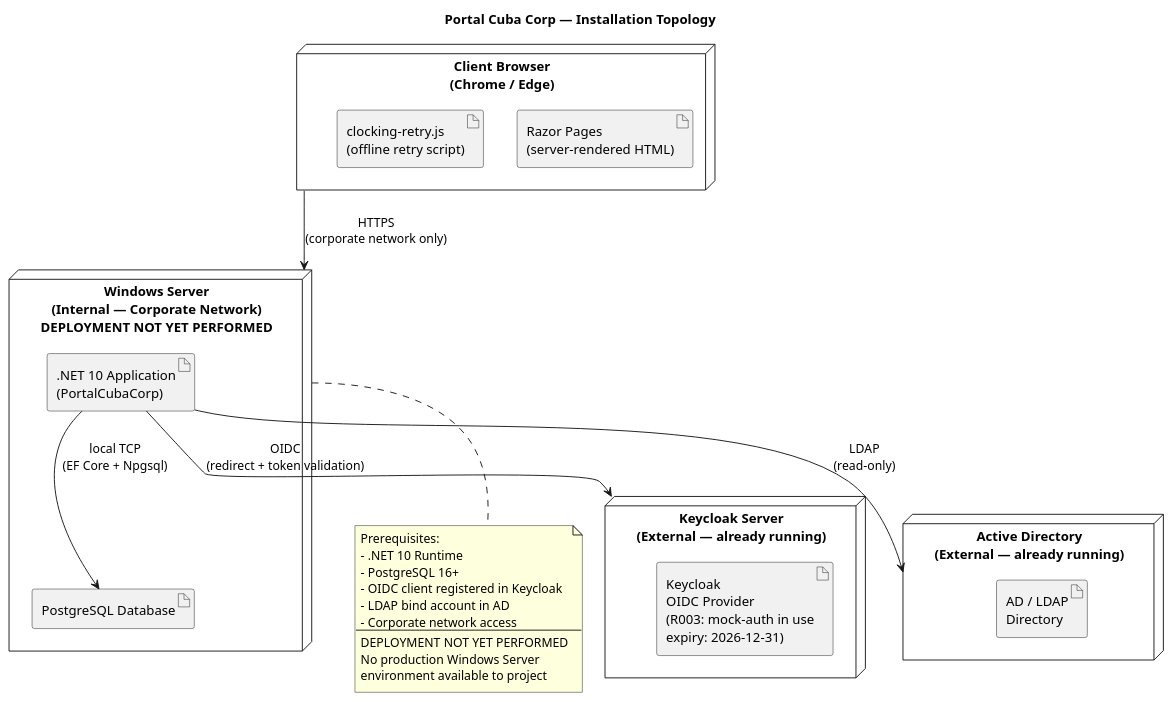
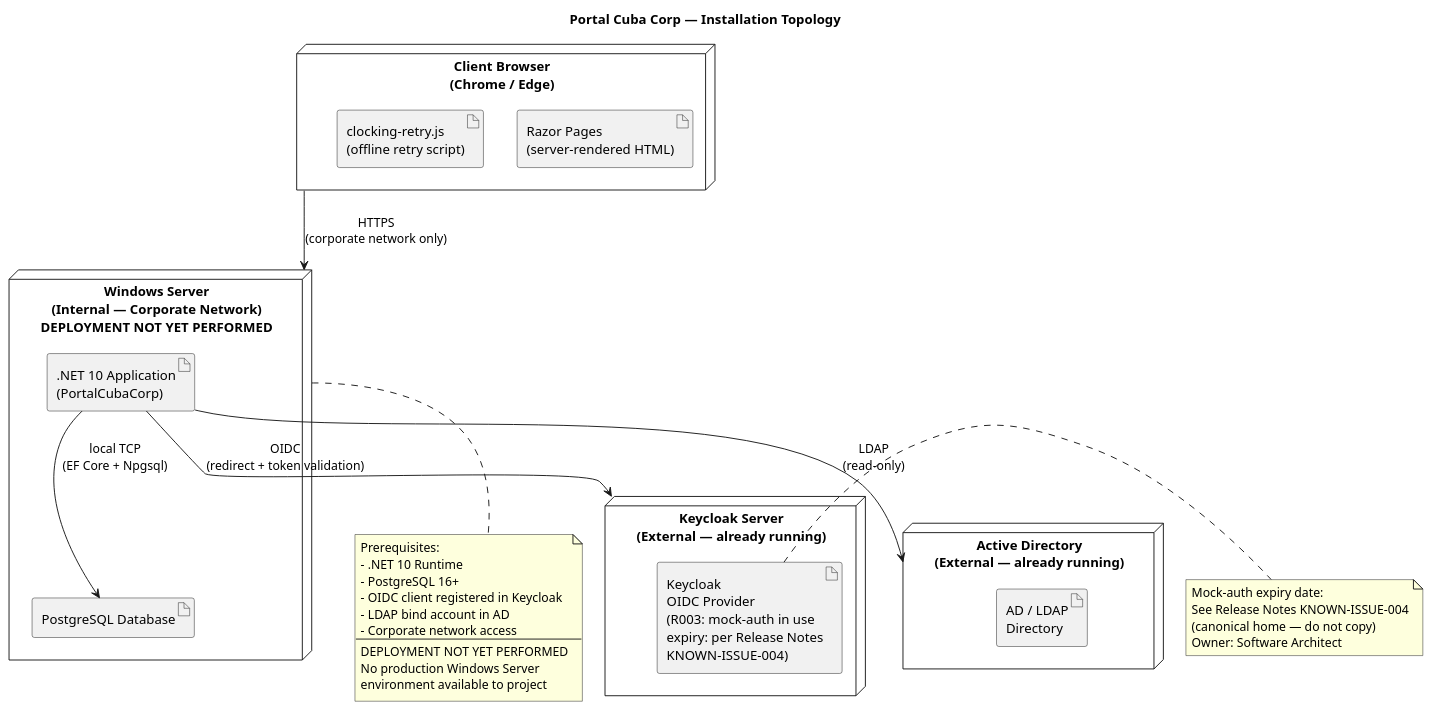
Before and after one commit to banense-test/portal-cuba-corp: diagram 11 of 13 in docs/artifacts/deployment/user-documentation.md, drawn with PlantUML. The commit also changed other lines of this file, not shown here.

````diff
--- a/docs/artifacts/deployment/user-documentation.md
+++ b/docs/artifacts/deployment/user-documentation.md
@@ -488,44 +488,51 @@
 ```plantuml
 @startuml
 title Portal Cuba Corp — Installation Topology
 
 skinparam nodeStyle rounded
 
 node "Client Browser\n(Chrome / Edge)" as CLIENT {
   artifact "Razor Pages\n(server-rendered HTML)" as RP
   artifact "clocking-retry.js\n(offline retry script)" as JS
 }
 
 node "Windows Server\n(Internal — Corporate Network)\nDEPLOYMENT NOT YET PERFORMED" as WINSERV {
   artifact ".NET 10 Application\n(PortalCubaCorp)" as APP
   artifact "PostgreSQL Database" as DB
 }
 
 node "Keycloak Server\n(External — already running)" as KCSERV {
-  artifact "Keycloak\nOIDC Provider\n(R003: mock-auth in use\nexpiry: 2026-12-31)" as KC
+  artifact "Keycloak\nOIDC Provider\n(R003: mock-auth in use\nexpiry: per Release Notes\nKNOWN-ISSUE-004)" as KC
 }
 
 node "Active Directory\n(External — already running)" as ADSERV {
   artifact "AD / LDAP\nDirectory" as AD
 }
 
 CLIENT --> WINSERV : HTTPS\n(corporate network only)
 APP --> KCSERV : OIDC\n(redirect + token validation)
 APP --> ADSERV : LDAP\n(read-only)
 APP --> DB : local TCP\n(EF Core + Npgsql)
 
 note bottom of WINSERV
   Prerequisites:
   - .NET 10 Runtime
   - PostgreSQL 16+
   - OIDC client registered in Keycloak
   - LDAP bind account in AD
   - Corporate network access
   --
   DEPLOYMENT NOT YET PERFORMED
   No production Windows Server
   environment available to project
 end note
 
+note right of KC
+  Mock-auth expiry date:
+  See Release Notes KNOWN-ISSUE-004
+  (canonical home — do not copy)
+  Owner: Software Architect
+end note
+
 @enduml
 ```
````
